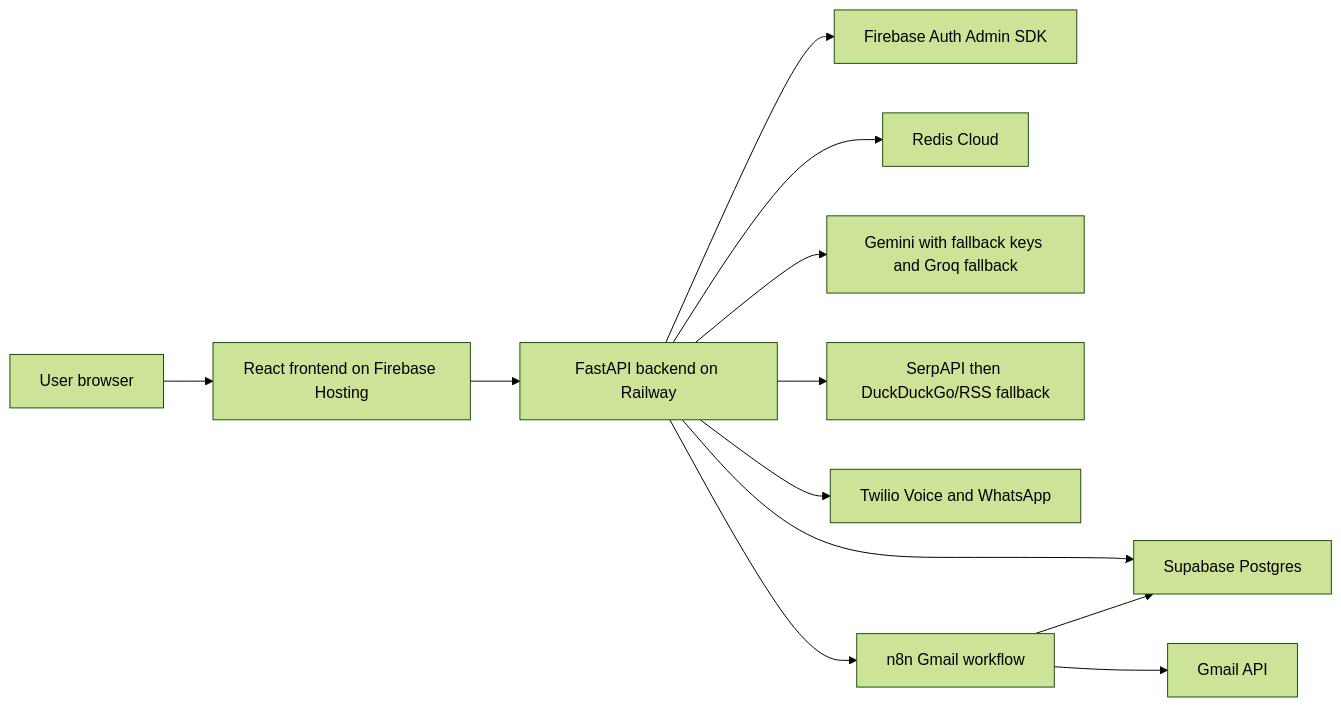
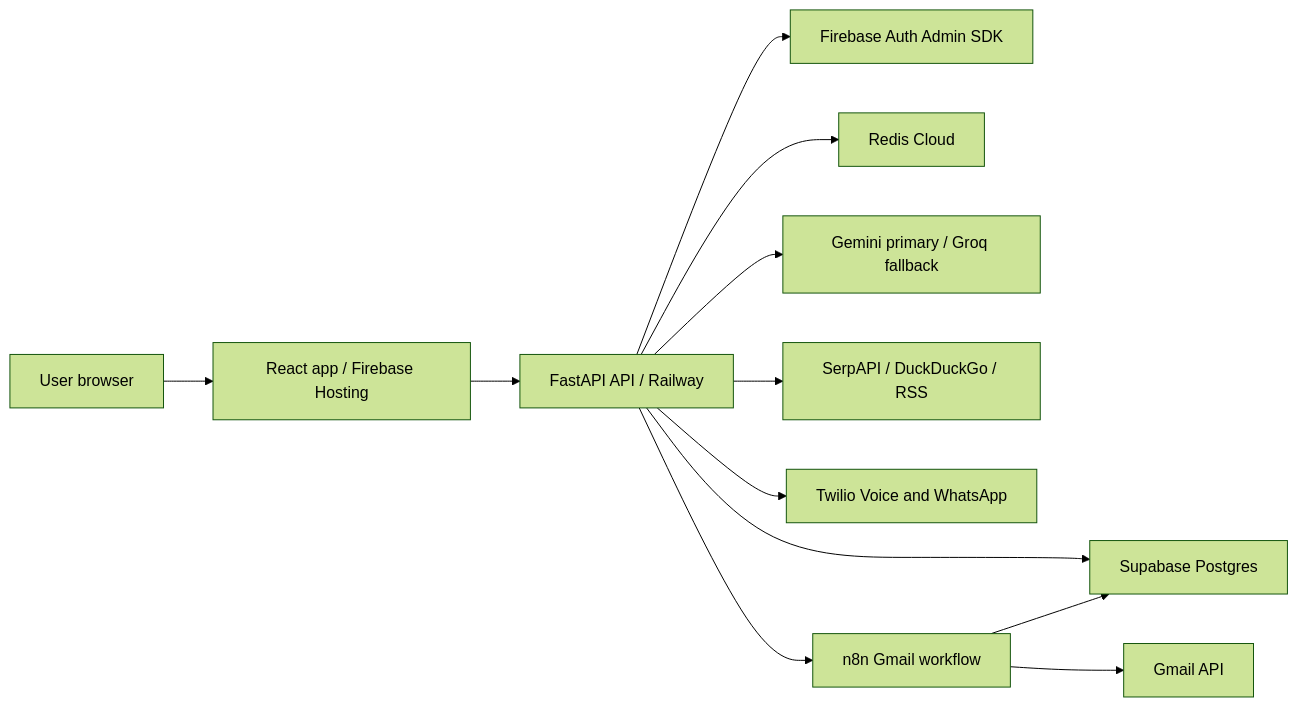
One commit to saikiranpulagalla/AgentCoolie changed the first of 4 diagrams in README.md. Above: the diagram before and after it, drawn with Mermaid (forest theme). The commit also changed other lines of this file and 48 other files, not shown here.

````diff
--- a/README.md
+++ b/README.md
@@ -40,14 +80,15 @@
 ```mermaid
 flowchart LR
-  U["User browser"] --> FE["React frontend on Firebase Hosting"]
-  FE --> API["FastAPI backend on Railway"]
-  API --> FB["Firebase Auth Admin SDK"]
-  API --> SB["Supabase Postgres"]
-  API --> RD["Redis Cloud"]
-  API --> LLM["Gemini with fallback keys and Groq fallback"]
-  API --> SERP["SerpAPI then DuckDuckGo/RSS fallback"]
-  API --> TW["Twilio Voice and WhatsApp"]
-  API --> N8N["n8n Gmail workflow"]
-  N8N --> GMAIL["Gmail API"]
-  N8N --> SB
+  User["User browser"] --> Frontend["React app / Firebase Hosting"]
+  Frontend --> Backend["FastAPI API / Railway"]
+
+  Backend --> Firebase["Firebase Auth Admin SDK"]
+  Backend --> Supabase["Supabase Postgres"]
+  Backend --> Redis["Redis Cloud"]
+  Backend --> LLM["Gemini primary / Groq fallback"]
+  Backend --> Search["SerpAPI / DuckDuckGo / RSS"]
+  Backend --> Twilio["Twilio Voice and WhatsApp"]
+  Backend --> N8N["n8n Gmail workflow"]
+  N8N --> Gmail["Gmail API"]
+  N8N --> Supabase
 ```
````
